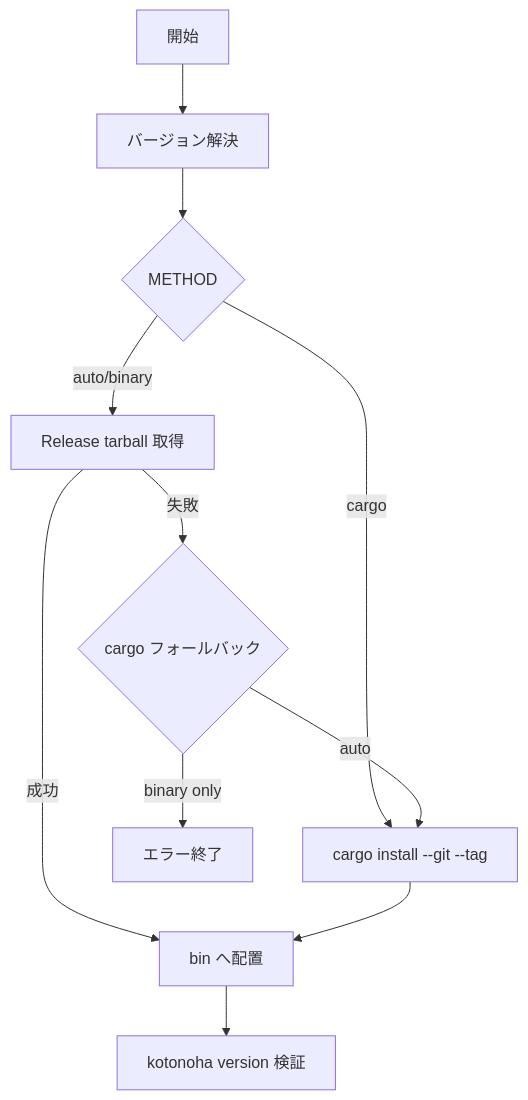
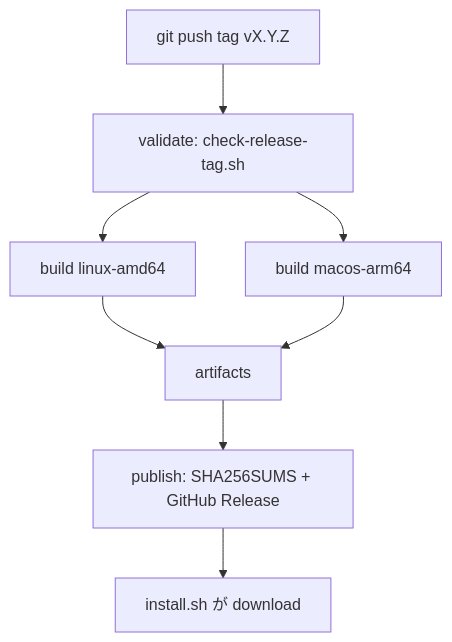
The diagram in ja/manual/cli_installer_implementation.md (zyx-corporation/kotonoha-docs), drawn with Mermaid before and after one commit. The commit also changed other lines of this file, not shown here.

````diff
--- a/ja/manual/cli_installer_implementation.md
+++ b/ja/manual/cli_installer_implementation.md
@@ -42,13 +55,10 @@
 ```mermaid
 flowchart TD
-  A[開始] --> B[バージョン解決]
-  B --> C{METHOD}
-  C -->|auto/binary| D[Release tarball 取得]
-  D -->|成功| E[bin へ配置]
-  D -->|失敗| F{cargo フォールバック}
-  C -->|cargo| G[cargo install --git --tag]
-  F -->|auto| G
-  F -->|binary only| H[エラー終了]
-  G --> E
-  E --> I[kotonoha version 検証]
+  T[git push tag vX.Y.Z] --> V[validate: check-release-tag.sh]
+  V --> B1[build linux-amd64]
+  V --> B2[build macos-arm64]
+  B1 --> A[artifacts]
+  B2 --> A
+  A --> P[publish: SHA256SUMS + GitHub Release]
+  P --> U[install.sh が download]
 ```
````
